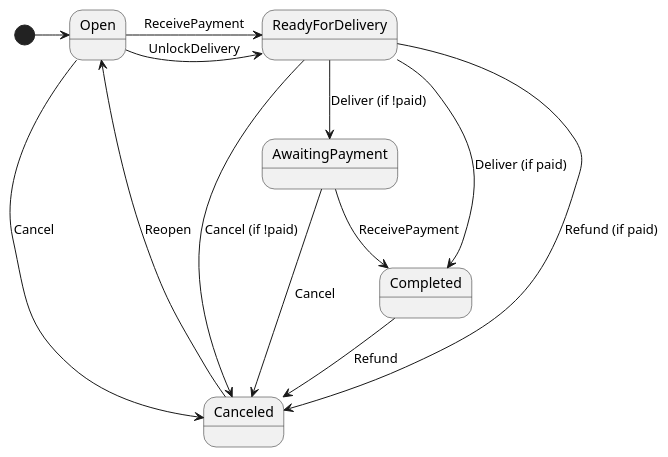
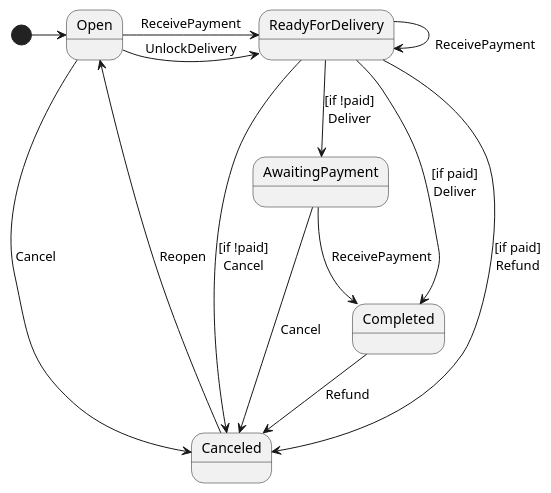
Before and after one commit to otrosien/spring-statemachine-jpa-and-rest: the diagram in src/main/resources/order.plantuml, drawn with PlantUML. The commit also changed 1 other file, not shown here.

Commit message:
Updated PlantUML model

```diff
--- a/src/main/resources/order.plantuml
+++ b/src/main/resources/order.plantuml
@@ -1,16 +1,17 @@
 @startuml
 
 [*] -right-> Open
 Open -right-> ReadyForDelivery : ReceivePayment
 Open -right-> ReadyForDelivery : UnlockDelivery
 Open --> Canceled : Cancel
-ReadyForDelivery -right-> Completed : Deliver (if paid)
-ReadyForDelivery --> AwaitingPayment : Deliver (if !paid)
-ReadyForDelivery --> Canceled : Refund (if paid)
-ReadyForDelivery --> Canceled : Cancel (if !paid)
+ReadyForDelivery -right-> Completed : [if paid]\nDeliver
+ReadyForDelivery --> AwaitingPayment : [if !paid]\nDeliver
+ReadyForDelivery --> Canceled : [if paid]\nRefund
+ReadyForDelivery --> Canceled : [if !paid]\nCancel
+ReadyForDelivery --> ReadyForDelivery : \nReceivePayment
 AwaitingPayment --> Completed : ReceivePayment
 AwaitingPayment --> Canceled : Cancel
 Completed --> Canceled : Refund
 Canceled --> Open : Reopen
 
 @enduml
```
